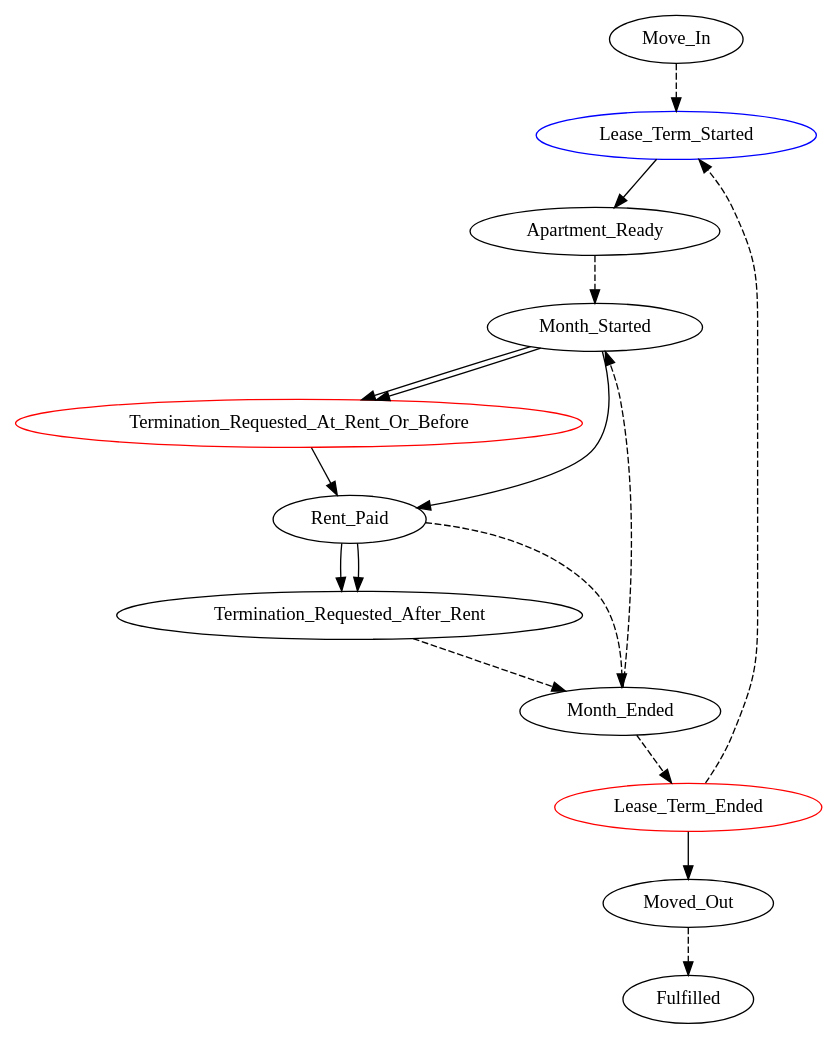
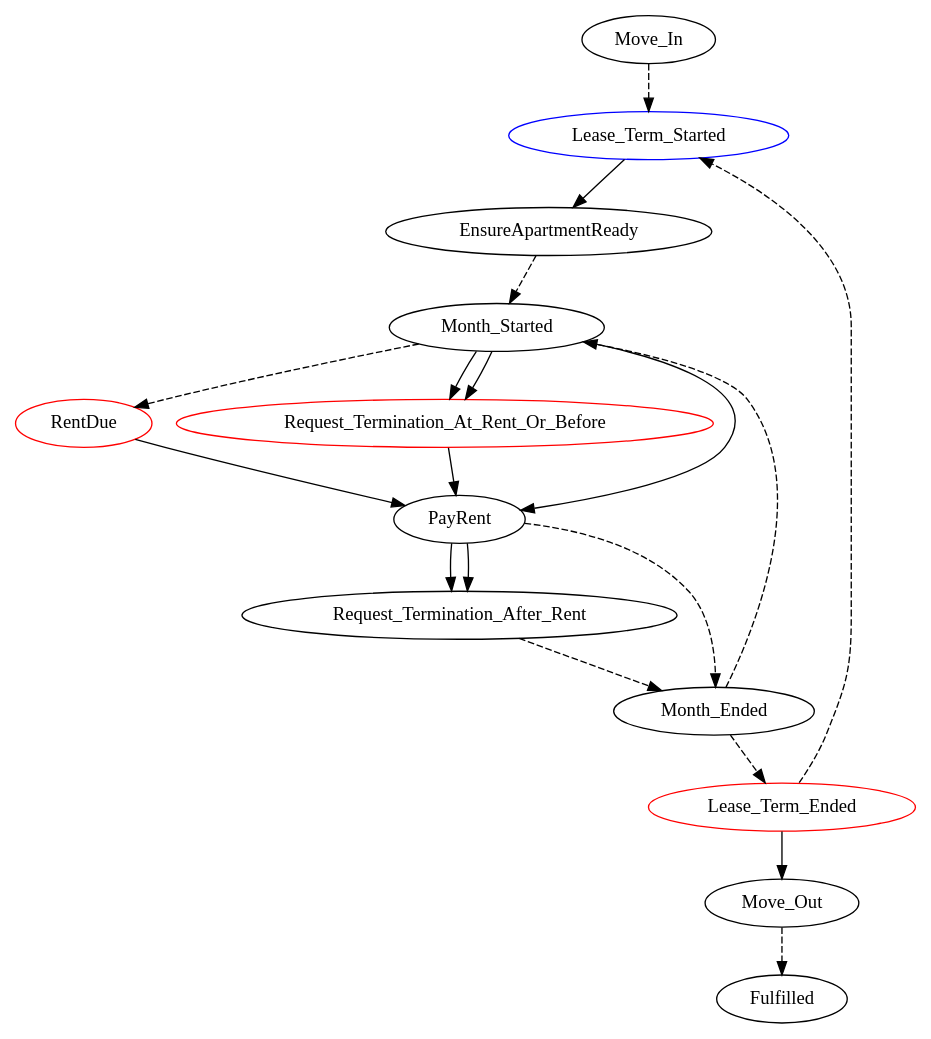
One commit to Marcao02/complaw-deeptech changed the diagram in linear_state_machine_language/out/hvitved_lease.dot. Above: the diagram before and after it, drawn with Graphviz. The commit also changed 16 other files, not shown here.

```diff
--- a/linear_state_machine_language/out/hvitved_lease.dot
+++ b/linear_state_machine_language/out/hvitved_lease.dot
@@ -1,30 +1,33 @@
 // THIS IS A GENERATED FILE. DO NOT EDIT.
 
 digraph Lease_Hvitved {
 	Move_In[label=Move_In];
 	Lease_Term_Started[label=Lease_Term_Started,color=Blue];
-	Apartment_Ready[label=Apartment_Ready];
+	EnsureApartmentReady[label=EnsureApartmentReady];
 	Month_Started[label=Month_Started];
-	Termination_Requested_At_Rent_Or_Before[label=Termination_Requested_At_Rent_Or_Before,color=Red];
-	Rent_Paid[label=Rent_Paid];
-	Termination_Requested_After_Rent[label=Termination_Requested_After_Rent];
+	RentDue[label=RentDue,color=Red];
+	Request_Termination_At_Rent_Or_Before[label=Request_Termination_At_Rent_Or_Before,color=Red];
+	PayRent[label=PayRent];
+	Request_Termination_After_Rent[label=Request_Termination_After_Rent];
 	Month_Ended[label=Month_Ended];
 	Lease_Term_Ended[label=Lease_Term_Ended,color=Red];
-	Moved_Out[label=Moved_Out];
+	Move_Out[label=Move_Out];
 	Move_In -> Lease_Term_Started [style=dashed];
-	Lease_Term_Started -> Apartment_Ready;
-	Apartment_Ready -> Month_Started [style=dashed];
-	Month_Started -> Termination_Requested_At_Rent_Or_Before;
-	Month_Started -> Rent_Paid;
-	Month_Started -> Termination_Requested_At_Rent_Or_Before;
-	Termination_Requested_At_Rent_Or_Before -> Rent_Paid;
-	Rent_Paid -> Termination_Requested_After_Rent;
-	Rent_Paid -> Termination_Requested_After_Rent;
-	Rent_Paid -> Month_Ended [style=dashed];
-	Termination_Requested_After_Rent -> Month_Ended [style=dashed];
+	Lease_Term_Started -> EnsureApartmentReady;
+	EnsureApartmentReady -> Month_Started [style=dashed];
+	Month_Started -> PayRent;
+	Month_Started -> Request_Termination_At_Rent_Or_Before;
+	Month_Started -> Request_Termination_At_Rent_Or_Before;
+	Month_Started -> RentDue [style=dashed];
+	RentDue -> PayRent;
+	Request_Termination_At_Rent_Or_Before -> PayRent;
+	PayRent -> Request_Termination_After_Rent;
+	PayRent -> Request_Termination_After_Rent;
+	PayRent -> Month_Ended [style=dashed];
+	Request_Termination_After_Rent -> Month_Ended [style=dashed];
+	Month_Ended -> Month_Started [style=dashed];
 	Month_Ended -> Lease_Term_Ended [style=dashed];
-	Month_Ended -> Month_Started [style=dashed];
-	Lease_Term_Ended -> Moved_Out;
+	Lease_Term_Ended -> Move_Out;
 	Lease_Term_Ended -> Lease_Term_Started [style=dashed];
-	Moved_Out -> Fulfilled [style=dashed];
+	Move_Out -> Fulfilled [style=dashed];
 }
```
